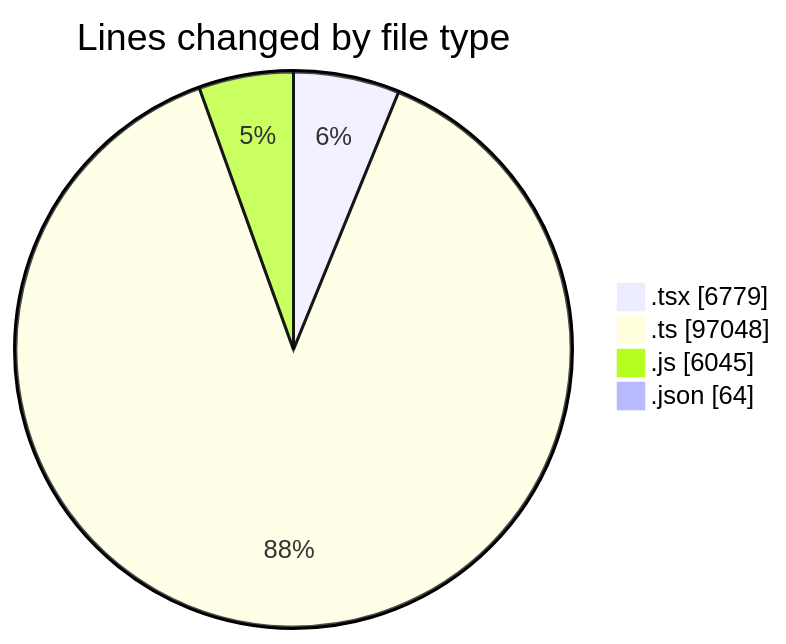
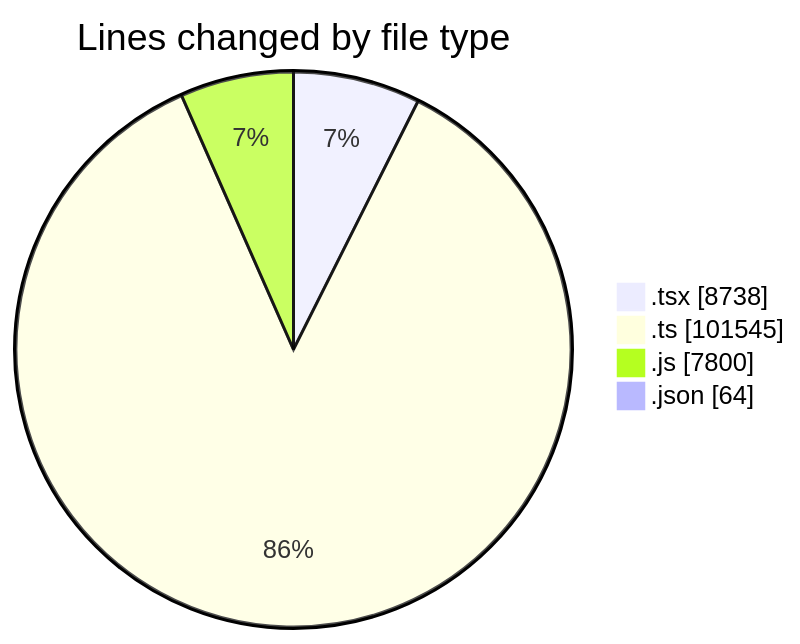
Before and after one commit to momahboobian/code-tracking: the first of 2 diagrams in 2026-07-30/cda/README.md, drawn with Mermaid. The commit also changed other lines of this file and 1 other file, not shown here.

````diff
--- a/2026-07-30/cda/README.md
+++ b/2026-07-30/cda/README.md
@@ -55,8 +55,8 @@
 ```mermaid
 pie showData
 title Lines changed by file type
-".tsx" : 6779
-".ts" : 97048
-".js" : 6045
+".tsx" : 8738
+".ts" : 101545
+".js" : 7800
 ".json" : 64
 ```
````
